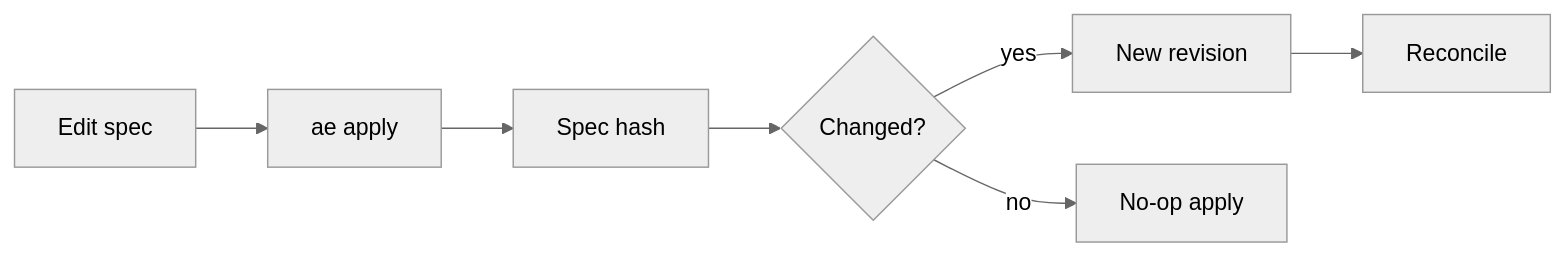
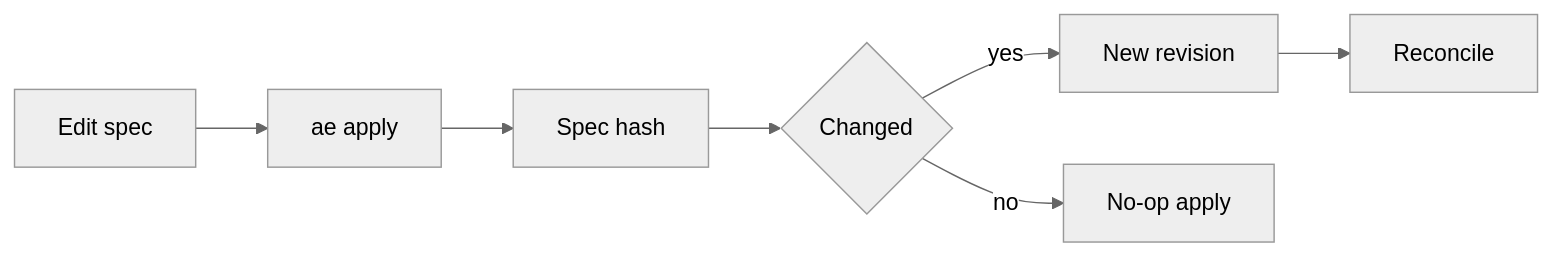
The fourth of 4 diagrams in docs/concepts-in-practice/02-declarative-apply.md (the-cm-collective/k1s), drawn with Mermaid (neutral theme) before and after one commit. The commit also changed other lines of this file and 3 other files, not shown here.

````diff
--- a/docs/concepts-in-practice/02-declarative-apply.md
+++ b/docs/concepts-in-practice/02-declarative-apply.md
@@ -48,9 +48,9 @@
 ```mermaid
 flowchart LR
-  Edit[Edit spec] --> Apply[ae apply]
-  Apply --> Hash[Spec hash]
-  Hash --> Changed{Changed?}
-  Changed -- yes --> NewRev[New revision]
-  NewRev --> Reconcile[Reconcile]
-  Changed -- no --> Noop[No-op apply]
+  Edit["Edit spec"] --> Apply["ae apply"]
+  Apply --> Hash["Spec hash"]
+  Hash --> Changed{"Changed"}
+  Changed -- yes --> NewRev["New revision"]
+  NewRev --> Reconcile["Reconcile"]
+  Changed -- no --> Noop["No-op apply"]
 ```
````
